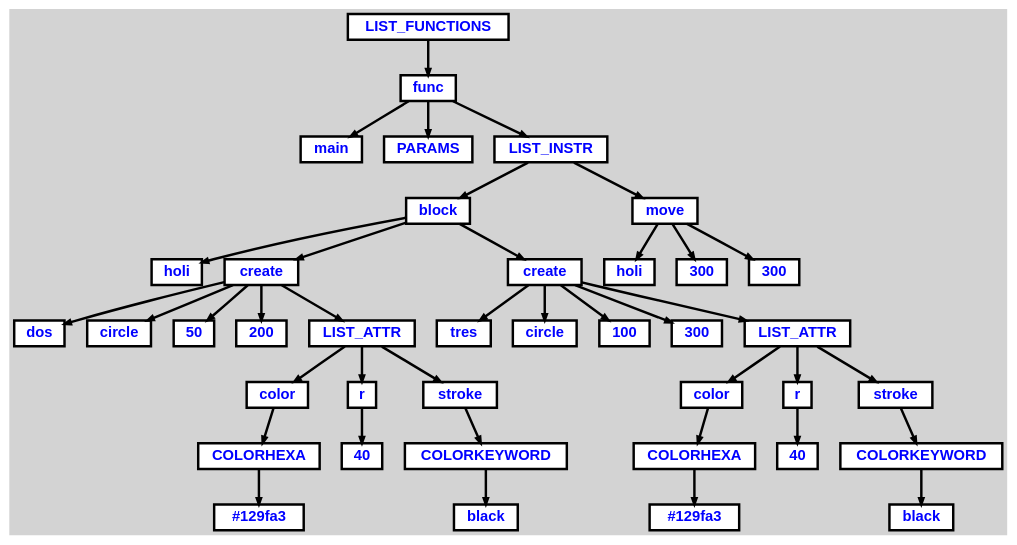
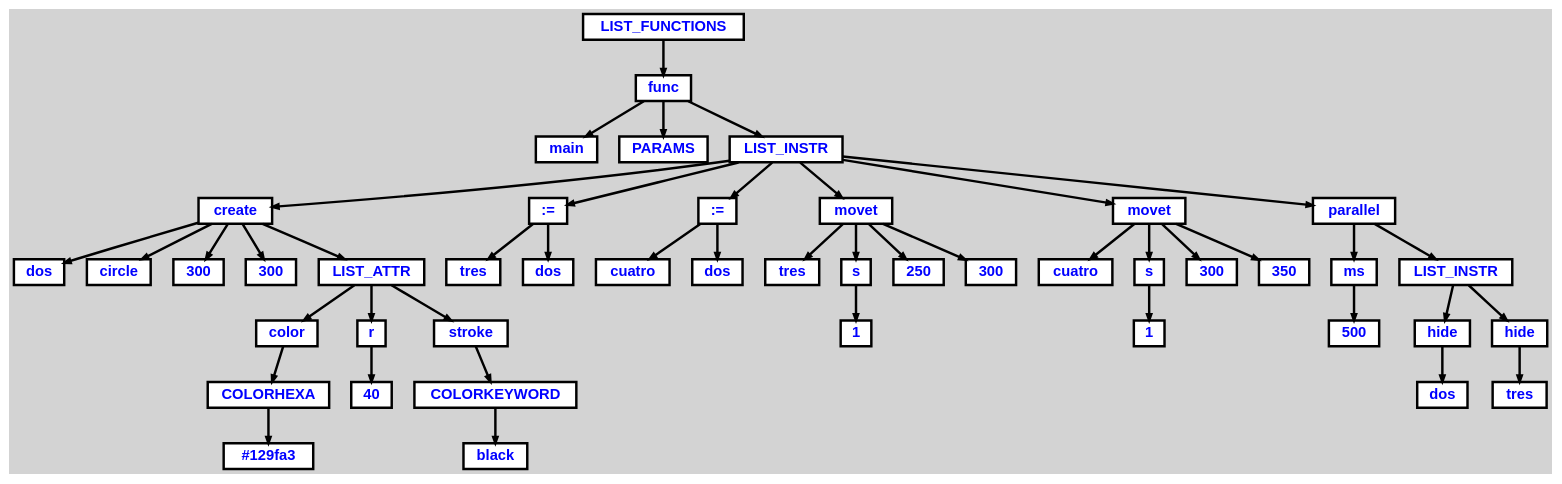
Before and after one commit to Outer2g/SVGAnimation: the diagram in a.dot, drawn with Graphviz. The commit also changed 6 other files, not shown here.

```diff
--- a/a.dot
+++ b/a.dot
@@ -1,106 +1,120 @@
 digraph {
 
 	ordering=out;
 	ranksep=.4;
 	bgcolor="lightgrey"; node [shape=box, fixedsize=false, fontsize=12, fontname="Helvetica-bold", fontcolor="blue"
 		width=.25, height=.25, color="black", fillcolor="white", style="filled, solid, bold"];
 	edge [arrowsize=.5, color="black", style="bold"]
 
   n0 [label="LIST_FUNCTIONS"];
   n1 [label="func"];
   n1 [label="func"];
   n2 [label="main"];
   n3 [label="PARAMS"];
   n4 [label="LIST_INSTR"];
   n4 [label="LIST_INSTR"];
-  n5 [label="block"];
-  n5 [label="block"];
-  n6 [label="holi"];
-  n7 [label="create"];
-  n7 [label="create"];
-  n8 [label="dos"];
-  n9 [label="circle"];
-  n10 [label="50"];
-  n11 [label="200"];
-  n12 [label="LIST_ATTR"];
-  n12 [label="LIST_ATTR"];
-  n13 [label="color"];
-  n13 [label="color"];
-  n14 [label="COLORHEXA"];
-  n14 [label="COLORHEXA"];
-  n15 [label="#129fa3"];
-  n16 [label="r"];
-  n16 [label="r"];
-  n17 [label="40"];
-  n18 [label="stroke"];
-  n18 [label="stroke"];
-  n19 [label="COLORKEYWORD"];
-  n19 [label="COLORKEYWORD"];
-  n20 [label="black"];
-  n21 [label="create"];
-  n21 [label="create"];
-  n22 [label="tres"];
-  n23 [label="circle"];
-  n24 [label="100"];
-  n25 [label="300"];
-  n26 [label="LIST_ATTR"];
-  n26 [label="LIST_ATTR"];
-  n27 [label="color"];
-  n27 [label="color"];
-  n28 [label="COLORHEXA"];
-  n28 [label="COLORHEXA"];
-  n29 [label="#129fa3"];
-  n30 [label="r"];
-  n30 [label="r"];
-  n31 [label="40"];
-  n32 [label="stroke"];
-  n32 [label="stroke"];
-  n33 [label="COLORKEYWORD"];
-  n33 [label="COLORKEYWORD"];
-  n34 [label="black"];
-  n35 [label="move"];
-  n35 [label="move"];
-  n36 [label="holi"];
-  n37 [label="300"];
-  n38 [label="300"];
+  n5 [label="create"];
+  n5 [label="create"];
+  n6 [label="dos"];
+  n7 [label="circle"];
+  n8 [label="300"];
+  n9 [label="300"];
+  n10 [label="LIST_ATTR"];
+  n10 [label="LIST_ATTR"];
+  n11 [label="color"];
+  n11 [label="color"];
+  n12 [label="COLORHEXA"];
+  n12 [label="COLORHEXA"];
+  n13 [label="#129fa3"];
+  n14 [label="r"];
+  n14 [label="r"];
+  n15 [label="40"];
+  n16 [label="stroke"];
+  n16 [label="stroke"];
+  n17 [label="COLORKEYWORD"];
+  n17 [label="COLORKEYWORD"];
+  n18 [label="black"];
+  n19 [label=":="];
+  n19 [label=":="];
+  n20 [label="tres"];
+  n21 [label="dos"];
+  n22 [label=":="];
+  n22 [label=":="];
+  n23 [label="cuatro"];
+  n24 [label="dos"];
+  n25 [label="movet"];
+  n25 [label="movet"];
+  n26 [label="tres"];
+  n27 [label="s"];
+  n27 [label="s"];
+  n28 [label="1"];
+  n29 [label="250"];
+  n30 [label="300"];
+  n31 [label="movet"];
+  n31 [label="movet"];
+  n32 [label="cuatro"];
+  n33 [label="s"];
+  n33 [label="s"];
+  n34 [label="1"];
+  n35 [label="300"];
+  n36 [label="350"];
+  n37 [label="parallel"];
+  n37 [label="parallel"];
+  n38 [label="ms"];
+  n38 [label="ms"];
+  n39 [label="500"];
+  n40 [label="LIST_INSTR"];
+  n40 [label="LIST_INSTR"];
+  n41 [label="hide"];
+  n41 [label="hide"];
+  n42 [label="dos"];
+  n43 [label="hide"];
+  n43 [label="hide"];
+  n44 [label="tres"];
 
   n0 -> n1 // "LIST_FUNCTIONS" -> "func"
   n1 -> n2 // "func" -> "main"
   n1 -> n3 // "func" -> "PARAMS"
   n1 -> n4 // "func" -> "LIST_INSTR"
-  n4 -> n5 // "LIST_INSTR" -> "block"
-  n5 -> n6 // "block" -> "holi"
-  n5 -> n7 // "block" -> "create"
-  n7 -> n8 // "create" -> "dos"
-  n7 -> n9 // "create" -> "circle"
-  n7 -> n10 // "create" -> "50"
-  n7 -> n11 // "create" -> "200"
-  n7 -> n12 // "create" -> "LIST_ATTR"
-  n12 -> n13 // "LIST_ATTR" -> "color"
-  n13 -> n14 // "color" -> "COLORHEXA"
-  n14 -> n15 // "COLORHEXA" -> "#129fa3"
-  n12 -> n16 // "LIST_ATTR" -> "r"
-  n16 -> n17 // "r" -> "40"
-  n12 -> n18 // "LIST_ATTR" -> "stroke"
-  n18 -> n19 // "stroke" -> "COLORKEYWORD"
-  n19 -> n20 // "COLORKEYWORD" -> "black"
-  n5 -> n21 // "block" -> "create"
-  n21 -> n22 // "create" -> "tres"
-  n21 -> n23 // "create" -> "circle"
-  n21 -> n24 // "create" -> "100"
-  n21 -> n25 // "create" -> "300"
-  n21 -> n26 // "create" -> "LIST_ATTR"
-  n26 -> n27 // "LIST_ATTR" -> "color"
-  n27 -> n28 // "color" -> "COLORHEXA"
-  n28 -> n29 // "COLORHEXA" -> "#129fa3"
-  n26 -> n30 // "LIST_ATTR" -> "r"
-  n30 -> n31 // "r" -> "40"
-  n26 -> n32 // "LIST_ATTR" -> "stroke"
-  n32 -> n33 // "stroke" -> "COLORKEYWORD"
-  n33 -> n34 // "COLORKEYWORD" -> "black"
-  n4 -> n35 // "LIST_INSTR" -> "move"
-  n35 -> n36 // "move" -> "holi"
-  n35 -> n37 // "move" -> "300"
-  n35 -> n38 // "move" -> "300"
+  n4 -> n5 // "LIST_INSTR" -> "create"
+  n5 -> n6 // "create" -> "dos"
+  n5 -> n7 // "create" -> "circle"
+  n5 -> n8 // "create" -> "300"
+  n5 -> n9 // "create" -> "300"
+  n5 -> n10 // "create" -> "LIST_ATTR"
+  n10 -> n11 // "LIST_ATTR" -> "color"
+  n11 -> n12 // "color" -> "COLORHEXA"
+  n12 -> n13 // "COLORHEXA" -> "#129fa3"
+  n10 -> n14 // "LIST_ATTR" -> "r"
+  n14 -> n15 // "r" -> "40"
+  n10 -> n16 // "LIST_ATTR" -> "stroke"
+  n16 -> n17 // "stroke" -> "COLORKEYWORD"
+  n17 -> n18 // "COLORKEYWORD" -> "black"
+  n4 -> n19 // "LIST_INSTR" -> ":="
+  n19 -> n20 // ":=" -> "tres"
+  n19 -> n21 // ":=" -> "dos"
+  n4 -> n22 // "LIST_INSTR" -> ":="
+  n22 -> n23 // ":=" -> "cuatro"
+  n22 -> n24 // ":=" -> "dos"
+  n4 -> n25 // "LIST_INSTR" -> "movet"
+  n25 -> n26 // "movet" -> "tres"
+  n25 -> n27 // "movet" -> "s"
+  n27 -> n28 // "s" -> "1"
+  n25 -> n29 // "movet" -> "250"
+  n25 -> n30 // "movet" -> "300"
+  n4 -> n31 // "LIST_INSTR" -> "movet"
+  n31 -> n32 // "movet" -> "cuatro"
+  n31 -> n33 // "movet" -> "s"
+  n33 -> n34 // "s" -> "1"
+  n31 -> n35 // "movet" -> "300"
+  n31 -> n36 // "movet" -> "350"
+  n4 -> n37 // "LIST_INSTR" -> "parallel"
+  n37 -> n38 // "parallel" -> "ms"
+  n38 -> n39 // "ms" -> "500"
+  n37 -> n40 // "parallel" -> "LIST_INSTR"
+  n40 -> n41 // "LIST_INSTR" -> "hide"
+  n41 -> n42 // "hide" -> "dos"
+  n40 -> n43 // "LIST_INSTR" -> "hide"
+  n43 -> n44 // "hide" -> "tres"
 
 }
```
